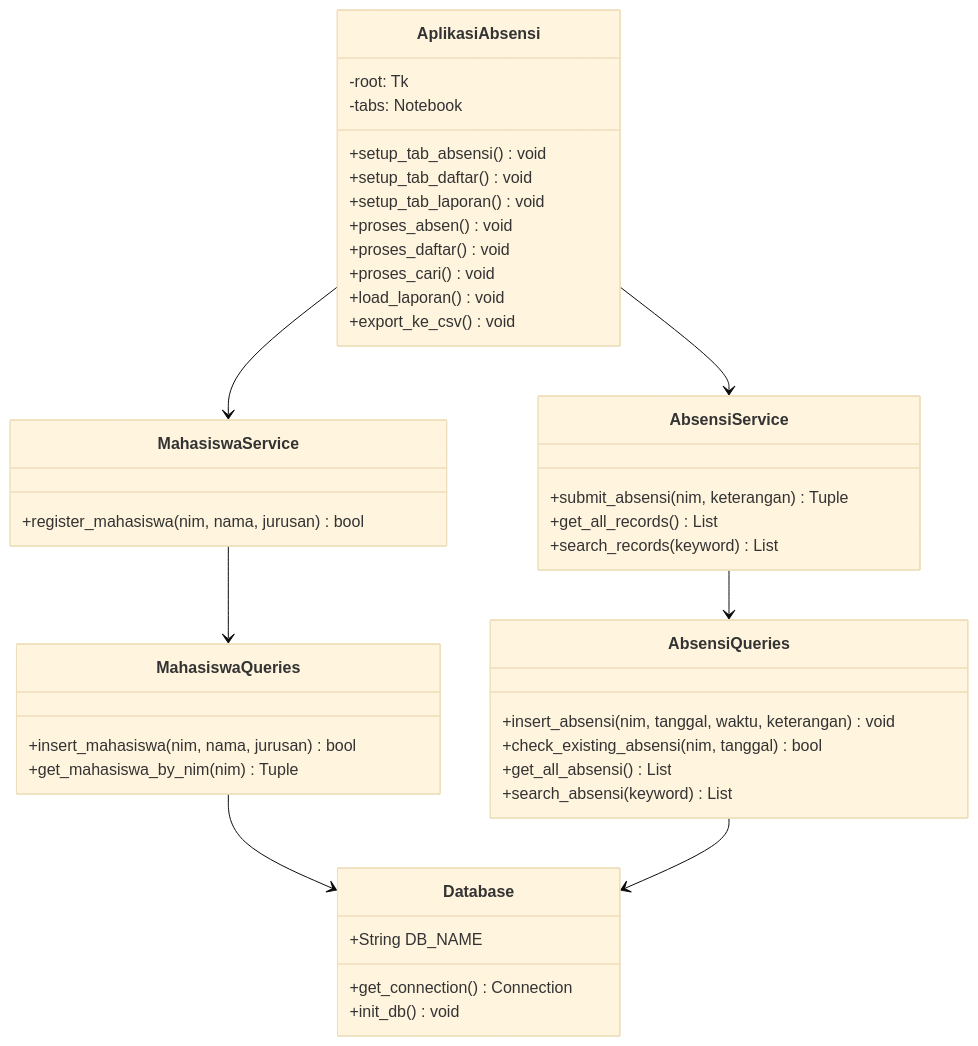
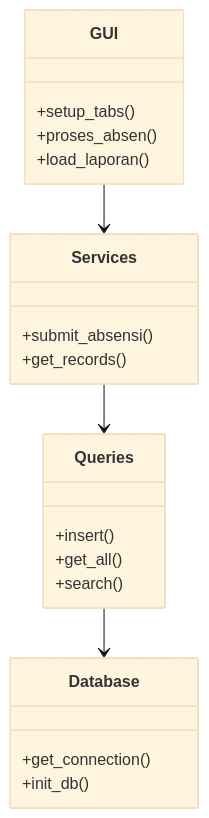
One commit to revxcode/k3-absensi changed the fourth of 6 diagrams in flowchart.md. Above: the diagram before and after it, drawn with Mermaid (base theme). The commit also changed other lines of this file, not shown here.

Commit message:
Refactor flowchart and diagrams for improved clarity and consistency

````diff
--- a/flowchart.md
+++ b/flowchart.md
@@ -107,50 +94,28 @@
 ```mermaid
 classDiagram
     class Database {
-        +String DB_NAME
-        +get_connection() Connection
-        +init_db() void
+        +get_connection()
+        +init_db()
     }
     
-    class MahasiswaQueries {
-        +insert_mahasiswa(nim, nama, jurusan) bool
-        +get_mahasiswa_by_nim(nim) Tuple
+    class Queries {
+        +insert()
+        +get_all()
+        +search()
     }
     
-    class AbsensiQueries {
-        +insert_absensi(nim, tanggal, waktu, keterangan) void
-        +check_existing_absensi(nim, tanggal) bool
-        +get_all_absensi() List
-        +search_absensi(keyword) List
+    class Services {
+        +submit_absensi()
+        +get_records()
     }
     
-    class MahasiswaService {
-        +register_mahasiswa(nim, nama, jurusan) bool
+    class GUI {
+        +setup_tabs()
+        +proses_absen()
+        +load_laporan()
     }
     
-    class AbsensiService {
-        +submit_absensi(nim, keterangan) Tuple
-        +get_all_records() List
-        +search_records(keyword) List
-    }
-    
-    class AplikasiAbsensi {
-        -root: Tk
-        -tabs: Notebook
-        +setup_tab_absensi() void
-        +setup_tab_daftar() void
-        +setup_tab_laporan() void
-        +proses_absen() void
-        +proses_daftar() void
-        +proses_cari() void
-        +load_laporan() void
-        +export_ke_csv() void
-    }
-    
-    MahasiswaQueries --> Database
-    AbsensiQueries --> Database
-    MahasiswaService --> MahasiswaQueries
-    AbsensiService --> AbsensiQueries
-    AplikasiAbsensi --> MahasiswaService
-    AplikasiAbsensi --> AbsensiService
+    GUI --> Services
+    Services --> Queries
+    Queries --> Database
 ```
````
